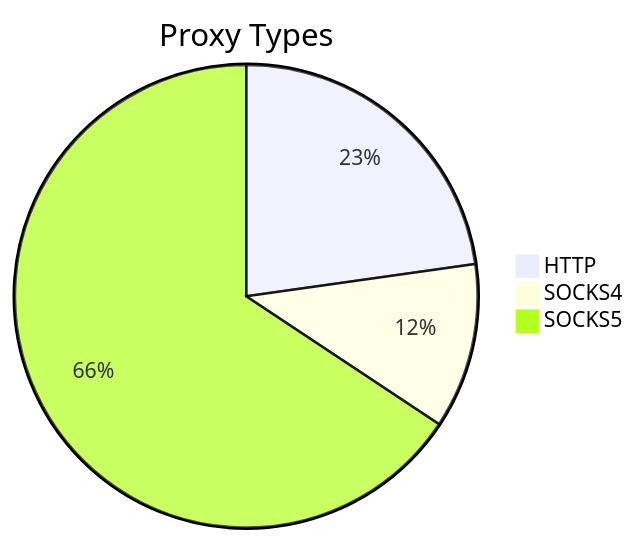
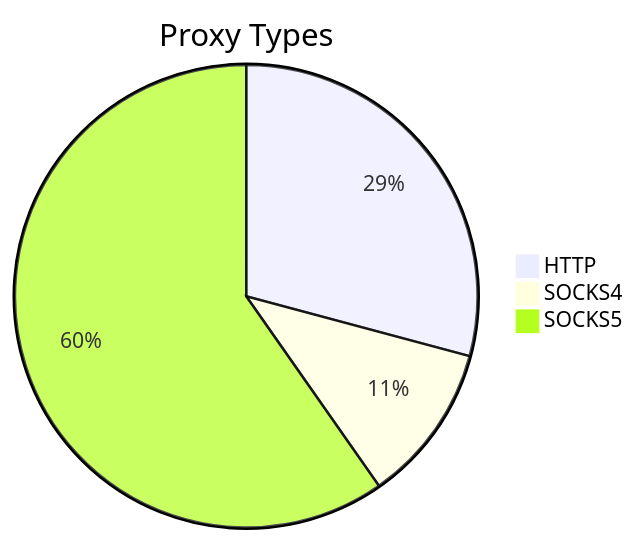
The first of 2 diagrams in README.md (stormsia/proxy-list), drawn with Mermaid before and after one commit. The commit also changed other lines of this file, not shown here.

````diff
--- a/README.md
+++ b/README.md
@@ -21,6 +21,6 @@
 ```mermaid
 pie title Proxy Types
-    "HTTP" : 69
-    "SOCKS4" : 35
-    "SOCKS5" : 199
+    "HTTP" : 42
+    "SOCKS4" : 16
+    "SOCKS5" : 86
 ```
````
